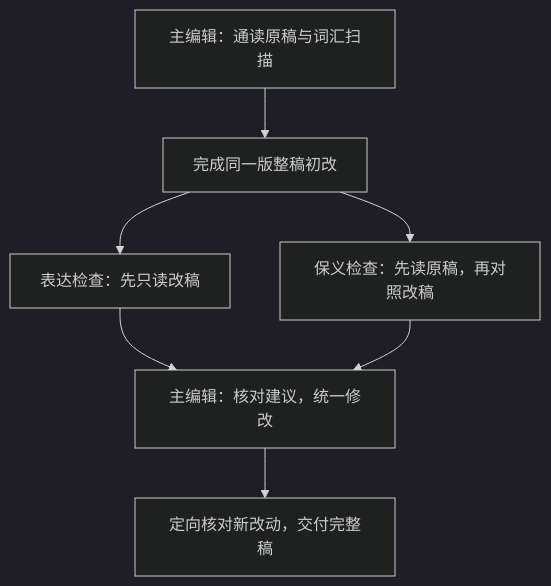
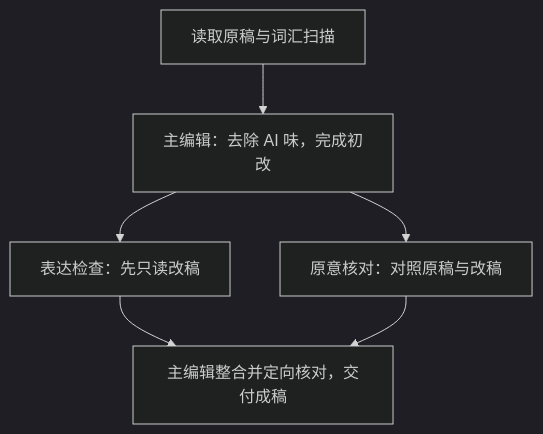
Before and after one commit to Rimagination/easyunslop: the diagram in README.md, drawn with Mermaid (dark theme). The commit also changed other lines of this file, not shown here.

````diff
--- a/README.md
+++ b/README.md
@@ -54,9 +115,8 @@
 ```mermaid
 flowchart TD
-    S["主编辑：通读原稿与词汇扫描"] --> A["完成同一版整稿初改"]
-    A --> B["表达检查：先只读改稿"]
-    A --> C["保义检查：先读原稿，再对照改稿"]
-    B --> D["主编辑：核对建议，统一修改"]
-    C --> D
-    D --> E["定向核对新改动，交付完整稿"]
+    A["读取原稿与词汇扫描"] --> B["主编辑：去除 AI 味，完成初改"]
+    B --> C["表达检查：先只读改稿"]
+    B --> D["原意核对：对照原稿与改稿"]
+    C --> E["主编辑整合并定向核对，交付成稿"]
+    D --> E
 ```
````
